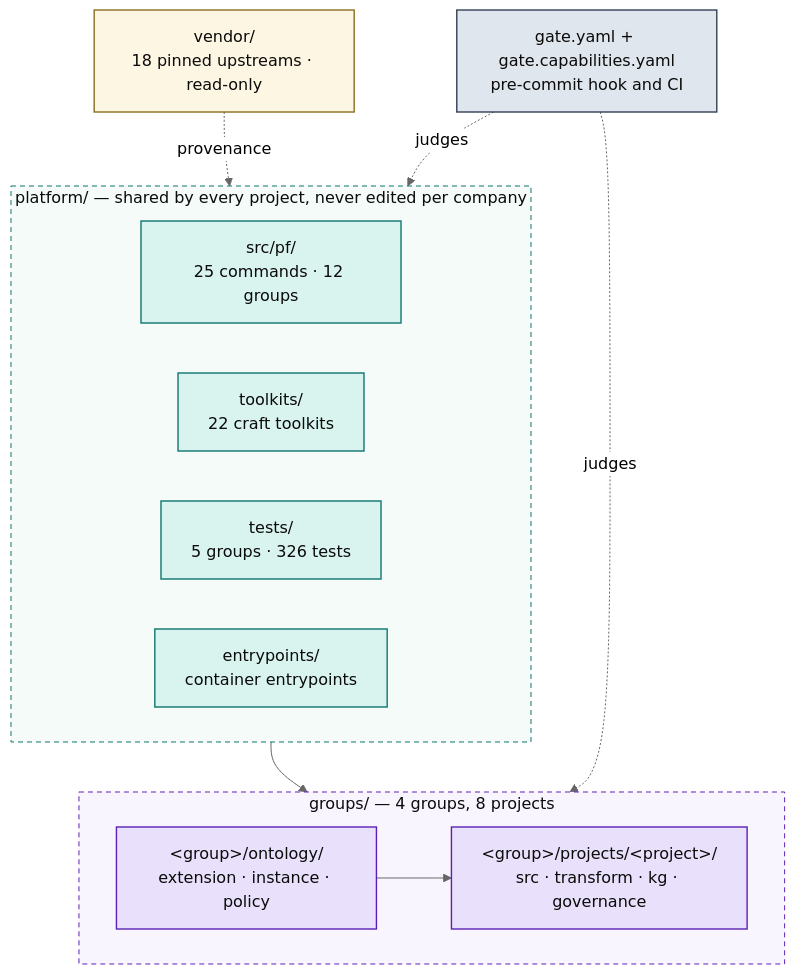
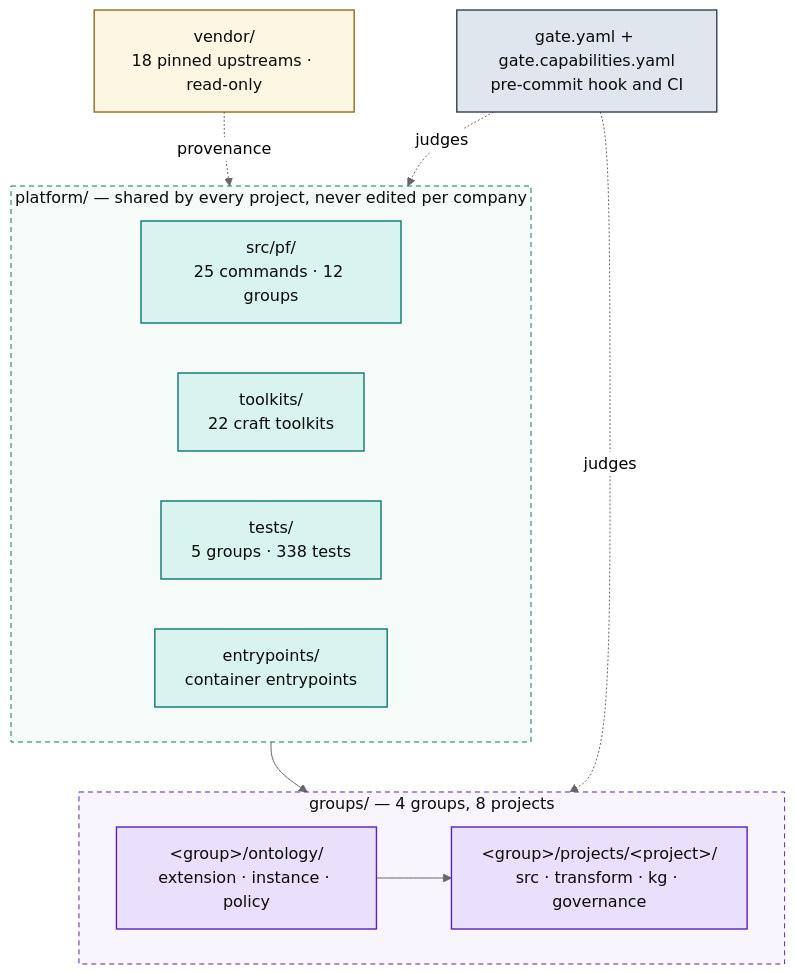
Before and after one commit to Atomz-org/data-platform: the first of 5 diagrams in docs/ARCHITECTURE.md, drawn with Mermaid (neutral theme). The commit also changed other lines of this file and 6 other files, not shown here.

````diff
--- a/docs/ARCHITECTURE.md
+++ b/docs/ARCHITECTURE.md
@@ -15,36 +15,36 @@
 ```mermaid
 flowchart TB
   subgraph SHARED["platform/ — shared by every project, never edited per company"]
     direction LR
     ENG["src/pf/<br/>25 commands · 12 groups"]
     TK["toolkits/<br/>22 craft toolkits"]
-    TST["tests/<br/>5 groups · 326 tests"]
+    TST["tests/<br/>5 groups · 338 tests"]
     ENT["entrypoints/<br/>container entrypoints"]
   end
 
   subgraph ENTITIES["groups/ — 4 groups, 8 projects"]
     direction LR
     GRP["&lt;group&gt;/ontology/<br/>extension · instance · policy"]
     PRJ["&lt;group&gt;/projects/&lt;project&gt;/<br/>src · transform · kg · governance"]
     GRP --> PRJ
   end
 
   VEN["vendor/<br/>18 pinned upstreams · read-only"]
   GATE["gate.yaml + gate.capabilities.yaml<br/>pre-commit hook and CI"]
 
   SHARED --> ENTITIES
   VEN -.provenance.-> SHARED
   GATE -.judges.-> ENTITIES
   GATE -.judges.-> SHARED
 
   classDef code fill:#d9f4ee,stroke:#0f766e,stroke-width:1.4px,color:#0b0b0b
   classDef data fill:#e9e1fb,stroke:#5b21b6,stroke-width:1.4px,color:#0b0b0b
   classDef gov fill:#e0e6ed,stroke:#334155,stroke-width:1.4px,color:#0b0b0b
   classDef ext fill:#fdf6e3,stroke:#8a6d1f,stroke-width:1.4px,color:#0b0b0b
   class ENG,TK,TST,ENT code
   class GRP,PRJ data
   class GATE gov
   class VEN ext
   style SHARED fill:#f4fbf9,stroke:#0f766e,stroke-dasharray:5 4,color:#0b0b0b
   style ENTITIES fill:#f8f5fe,stroke:#5b21b6,stroke-dasharray:5 4,color:#0b0b0b
 ```
````
